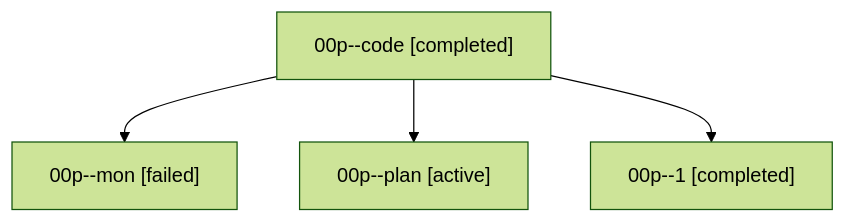
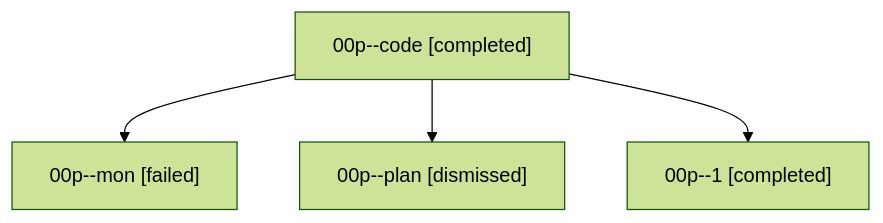
Before and after one commit to sase-org/sase--agents: the diagram in sessions/bbugyi200.athena.00p.md, drawn with Mermaid (forest theme). The commit also changed other lines of this file and 23 other files, not shown here.

````diff
--- a/sessions/bbugyi200.athena.00p.md
+++ b/sessions/bbugyi200.athena.00p.md
@@ -9,10 +9,10 @@
 ```mermaid
 flowchart TD
   n0["00p--code [completed]"]
   n1["00p--mon [failed]"]
   n0 --> n1
-  n2["00p--plan [active]"]
+  n2["00p--plan [dismissed]"]
   n0 --> n2
   n3["00p--1 [completed]"]
   n0 --> n3
 ```
````
